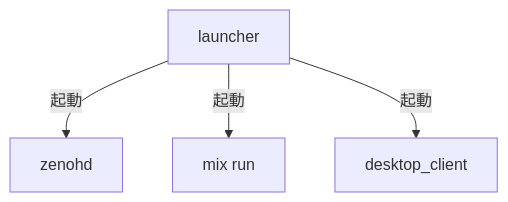
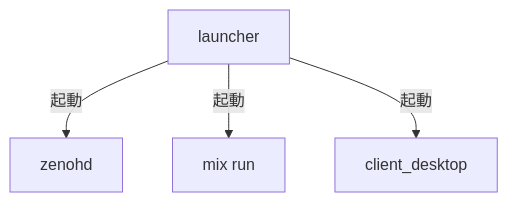
One commit to FRICK-ELDY/alchemy-engine changed the first of 2 diagrams in docs/architecture/rust/launcher.md. Above: the diagram before and after it, drawn with Mermaid. The commit also changed other lines of this file and 32 other files, not shown here.

````diff
--- a/docs/architecture/rust/launcher.md
+++ b/docs/architecture/rust/launcher.md
@@ -14,7 +14,7 @@
 ```mermaid
 graph TB
     LAUNCHER[launcher]
     LAUNCHER -->|起動| ZENOHD[zenohd]
     LAUNCHER -->|起動| MIX[mix run]
-    LAUNCHER -->|起動| DCLIENT[desktop_client]
+    LAUNCHER -->|起動| DCLIENT[client_desktop]
 ```
````
